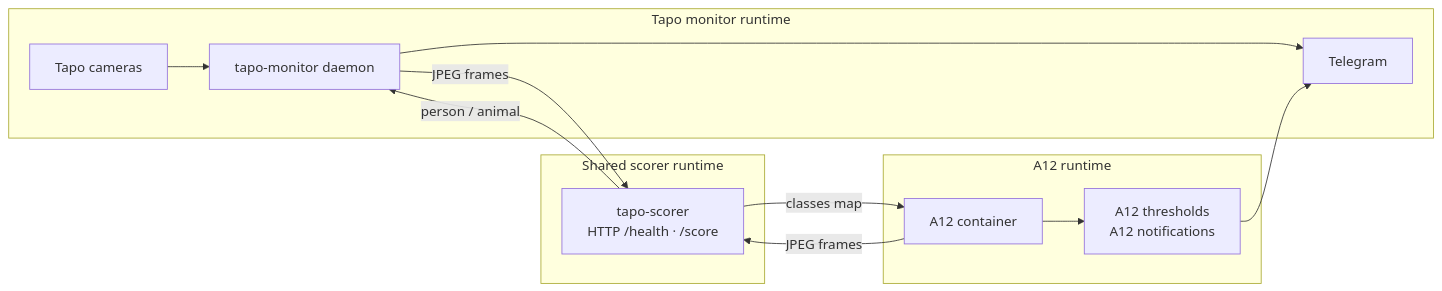
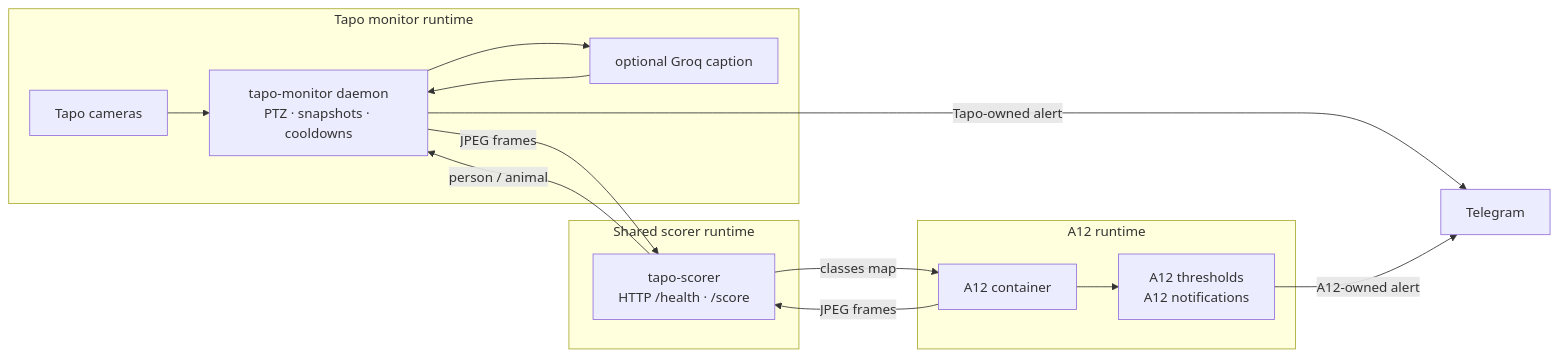
The diagram in docs/runtime-topology.md (PeterkoCZ91/tapo-monitoring), drawn with Mermaid before and after one commit. The commit also changed other lines of this file and 1 other file, not shown here.

Commit message:
Clarify Tapo runtime architecture diagrams

````diff
--- a/docs/runtime-topology.md
+++ b/docs/runtime-topology.md
@@ -26,21 +26,25 @@
 ```mermaid
 flowchart LR
     subgraph tapo["Tapo monitor runtime"]
-      CAM["Tapo cameras"] --> MON["tapo-monitor daemon"]
-      MON --> TG["Telegram"]
+      CAM["Tapo cameras"] --> MON["tapo-monitor daemon<br/>PTZ · snapshots · cooldowns"]
+      MON --> GROQ["optional Groq caption"]
+      GROQ --> MON
     end
 
     subgraph scorer["Shared scorer runtime"]
       SCORE["tapo-scorer<br/>HTTP /health · /score"]
     end
 
     subgraph a12["A12 runtime"]
       A12["A12 container"] --> A12PIPE["A12 thresholds<br/>A12 notifications"]
     end
 
+    TG["Telegram"]
+
     MON -->|"JPEG frames"| SCORE
     SCORE -->|"person / animal"| MON
+    MON -->|"Tapo-owned alert"| TG
     A12 -->|"JPEG frames"| SCORE
     SCORE -->|"classes map"| A12
-    A12PIPE --> TG
+    A12PIPE -->|"A12-owned alert"| TG
 ```
````
